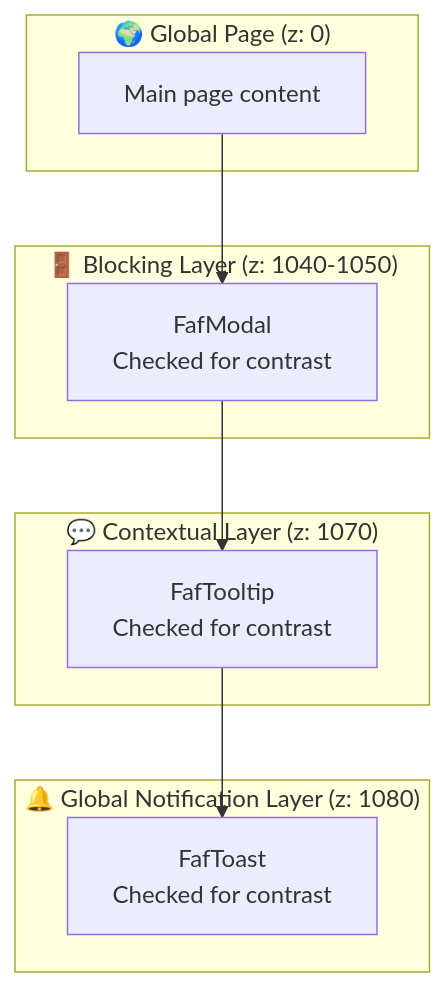
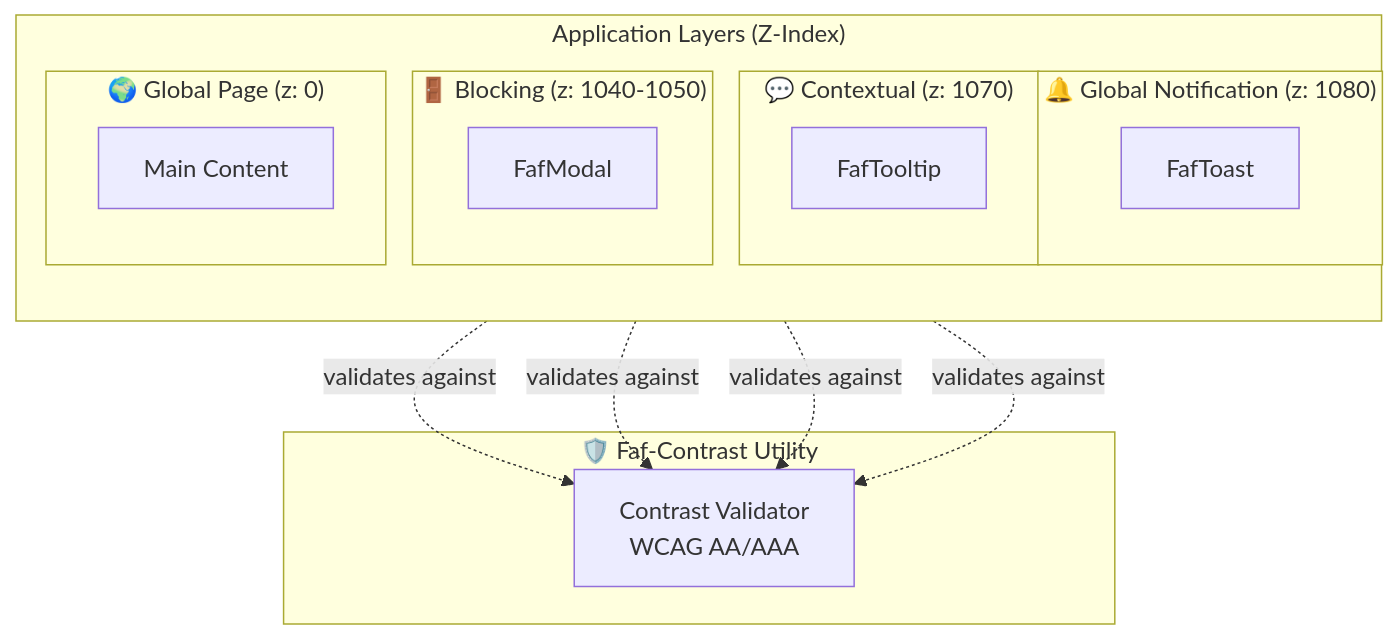
Before and after one commit to Kotrecon/faf-design-system: the fourth of 4 diagrams in packages/contrast/README.md, drawn with Mermaid. The commit also changed 17 other files, not shown here.

First line of the commit message:
feat(contrast): implement WCAG contrast validation, robust parsing, and interactive viewer

````diff
--- a/packages/contrast/README.md
+++ b/packages/contrast/README.md
@@ -111,17 +111,28 @@
 ```mermaid
 flowchart TD
-    subgraph "🌍 Global Page (z: 0)"
-        Content[Main page content]
+    subgraph "🛡️ Faf-Contrast Utility"
+        Checker[Contrast Validator<br/>WCAG AA/AAA]
     end
-    subgraph "🚪 Blocking Layer (z: 1040-1050)"
-        Modal[FafModal<br/>Checked for contrast]
+
+    subgraph "Application Layers (Z-Index)"
+        direction TB
+        subgraph "🔔 Global Notification (z: 1080)"
+            Toast[FafToast]
+        end
+        subgraph "💬 Contextual (z: 1070)"
+            Tooltip[FafTooltip]
+        end
+        subgraph "🚪 Blocking (z: 1040-1050)"
+            Modal[FafModal]
+        end
+        subgraph "🌍 Global Page (z: 0)"
+            Content[Main Content]
+        end
     end
-    subgraph "💬 Contextual Layer (z: 1070)"
-        Tooltip[FafTooltip<br/>Checked for contrast]
-    end
-    subgraph "🔔 Global Notification Layer (z: 1080)"
-        Toast[FafToast<br/>Checked for contrast]
-    end
-    Content --> Modal --> Tooltip --> Toast
+
+    Toast -.->|validates against| Checker
+    Tooltip -.->|validates against| Checker
+    Modal -.->|validates against| Checker
+    Content -.->|validates against| Checker
 
 ```
````
